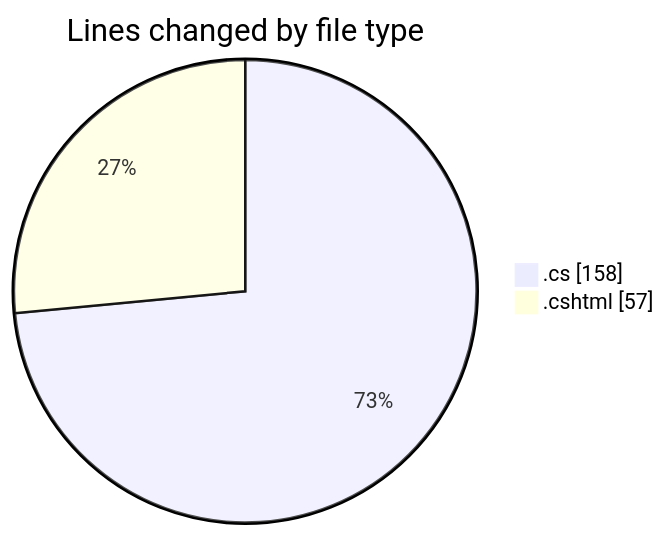
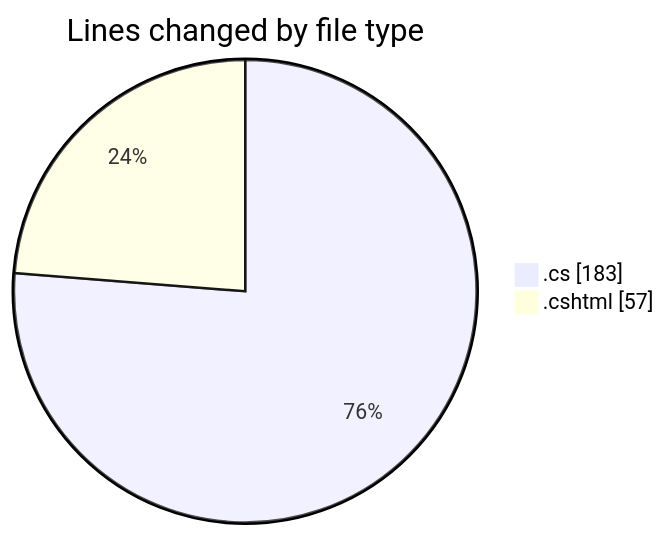
The first of 2 diagrams in 2025-07-22/cnpm/README.md (lephambinh05/code-tracking), drawn with Mermaid before and after one commit. The commit also changed other lines of this file and 1 other file, not shown here.

````diff
--- a/2025-07-22/cnpm/README.md
+++ b/2025-07-22/cnpm/README.md
@@ -24,6 +25,6 @@
 ```mermaid
 pie showData
 title Lines changed by file type
-".cs" : 158
+".cs" : 183
 ".cshtml" : 57
 ```
````
